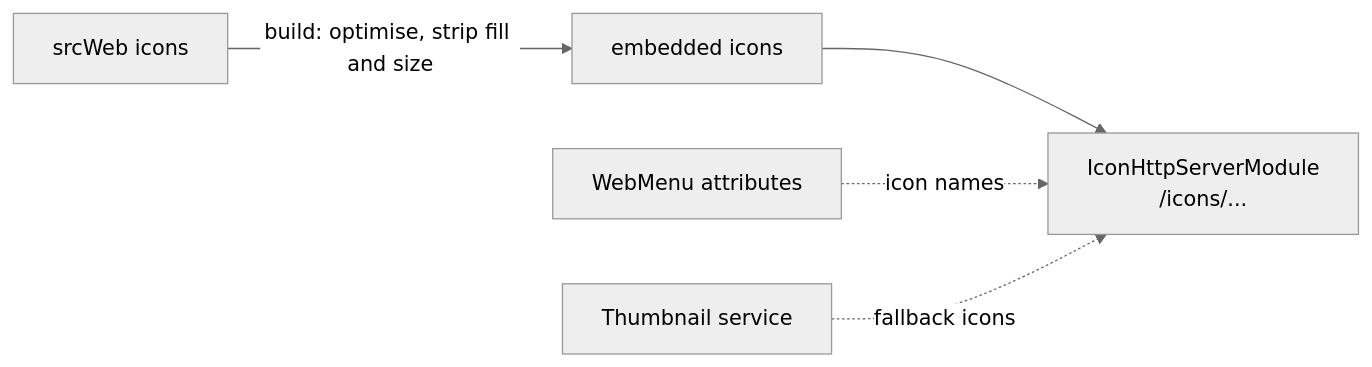
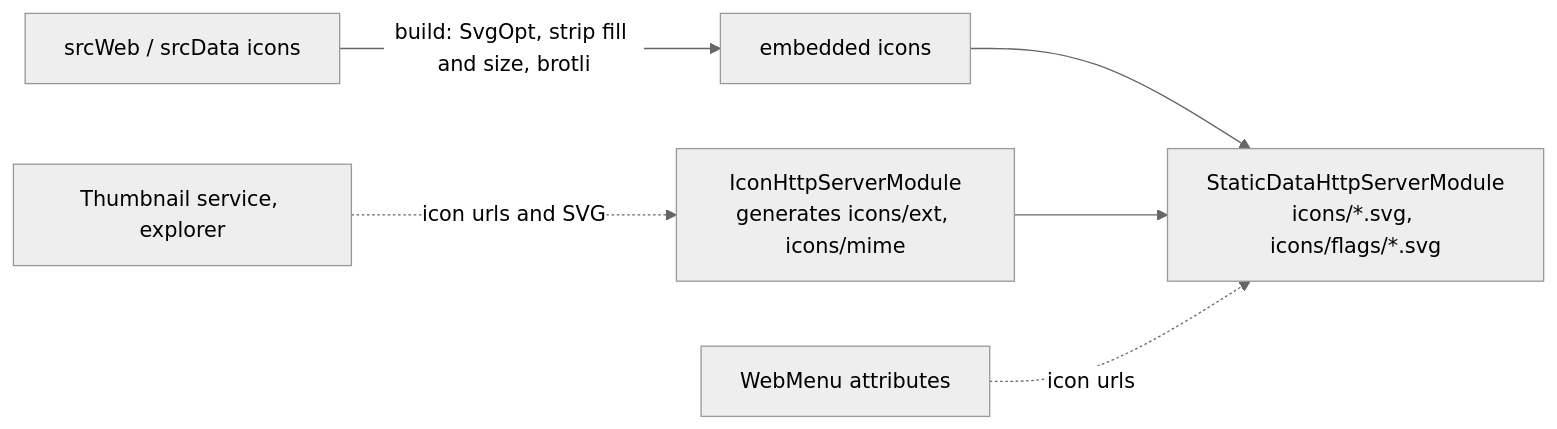
The diagram in SysWeaver.HttpServer.IconModule/README.md (dosh1974/SysWeaver), drawn with Mermaid (neutral theme) before and after one commit. The commit also changed other lines of this file and 532 other files, not shown here.

````diff
--- a/SysWeaver.HttpServer.IconModule/README.md
+++ b/SysWeaver.HttpServer.IconModule/README.md
@@ -18,7 +18,8 @@
 ```mermaid
 flowchart LR
-  Src["srcWeb icons"] -->|build: optimise, strip fill and size| Emb["embedded icons"]
-  Emb --> Mod["IconHttpServerModule<br/>/icons/..."]
-  Menu["WebMenu attributes"] -.->|icon names| Mod
-  Thumb["Thumbnail service"] -.->|fallback icons| Mod
+  Src["srcWeb / srcData icons"] -->|build: SvgOpt, strip fill and size, brotli| Emb["embedded icons"]
+  Emb --> Static["StaticDataHttpServerModule<br/>icons/*.svg, icons/flags/*.svg"]
+  Mod["IconHttpServerModule<br/>generates icons/ext, icons/mime"] --> Static
+  Menu["WebMenu attributes"] -.->|icon urls| Static
+  Thumb["Thumbnail service, explorer"] -.->|icon urls and SVG| Mod
 ```
````
